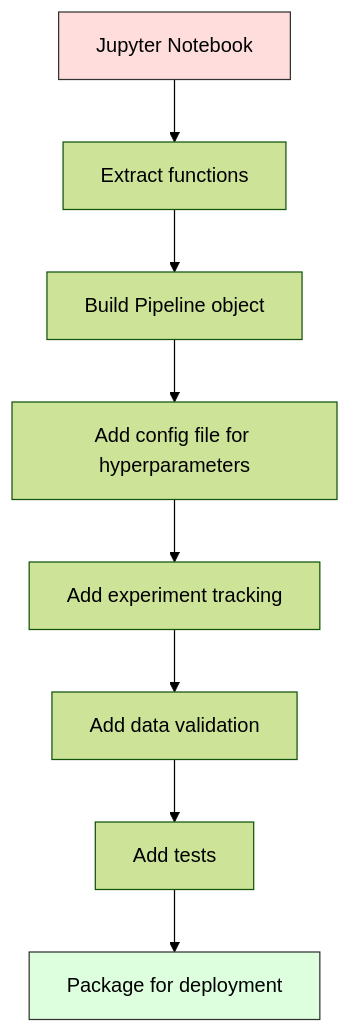
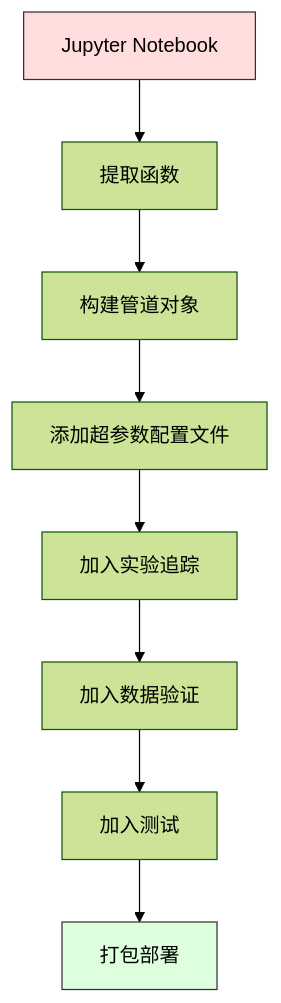
One commit to huangyue12120/Learning-Atlas changed the second of 2 diagrams in content/translations/practice/02-ml-fundamentals/13-ml-pipelines/zh.md. Above: the diagram before and after it, drawn with Mermaid (forest theme). The commit also changed other lines of this file and 24 other files, not shown here.

Commit message:
fix(reader): localize Mermaid in source content

````diff
--- a/content/translations/practice/02-ml-fundamentals/13-ml-pipelines/zh.md
+++ b/content/translations/practice/02-ml-fundamentals/13-ml-pipelines/zh.md
@@ -240,13 +240,13 @@
 ```mermaid
 flowchart TD
-    A[Jupyter Notebook] --> B[Extract functions]
-    B --> C[Build Pipeline object]
-    C --> D[Add config file for hyperparameters]
-    D --> E[Add experiment tracking]
-    E --> F[Add data validation]
-    F --> G[Add tests]
-    G --> H[Package for deployment]
+    A[Jupyter Notebook] --> B[提取函数]
+    B --> C[构建管道对象]
+    C --> D[添加超参数配置文件]
+    D --> E[加入实验追踪]
+    E --> F[加入数据验证]
+    F --> G[加入测试]
+    G --> H[打包部署]
 
     style A fill:#fdd,stroke:#333
     style H fill:#dfd,stroke:#333
 ```
````
